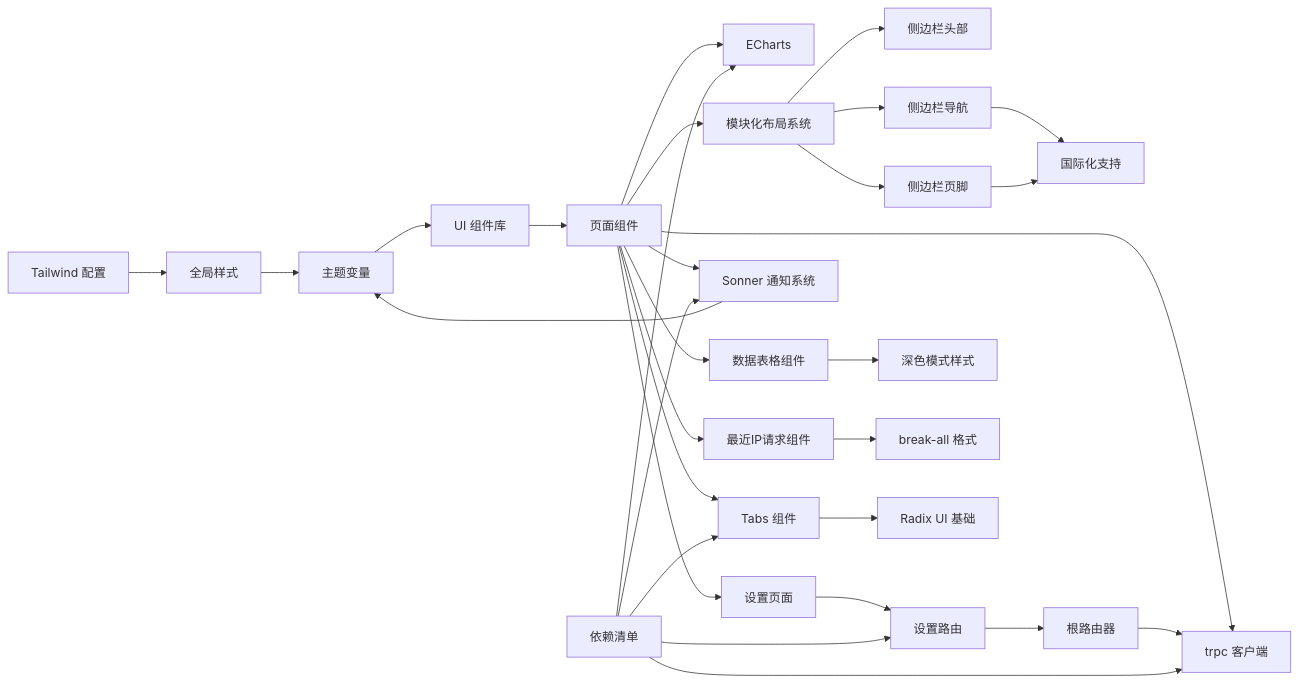
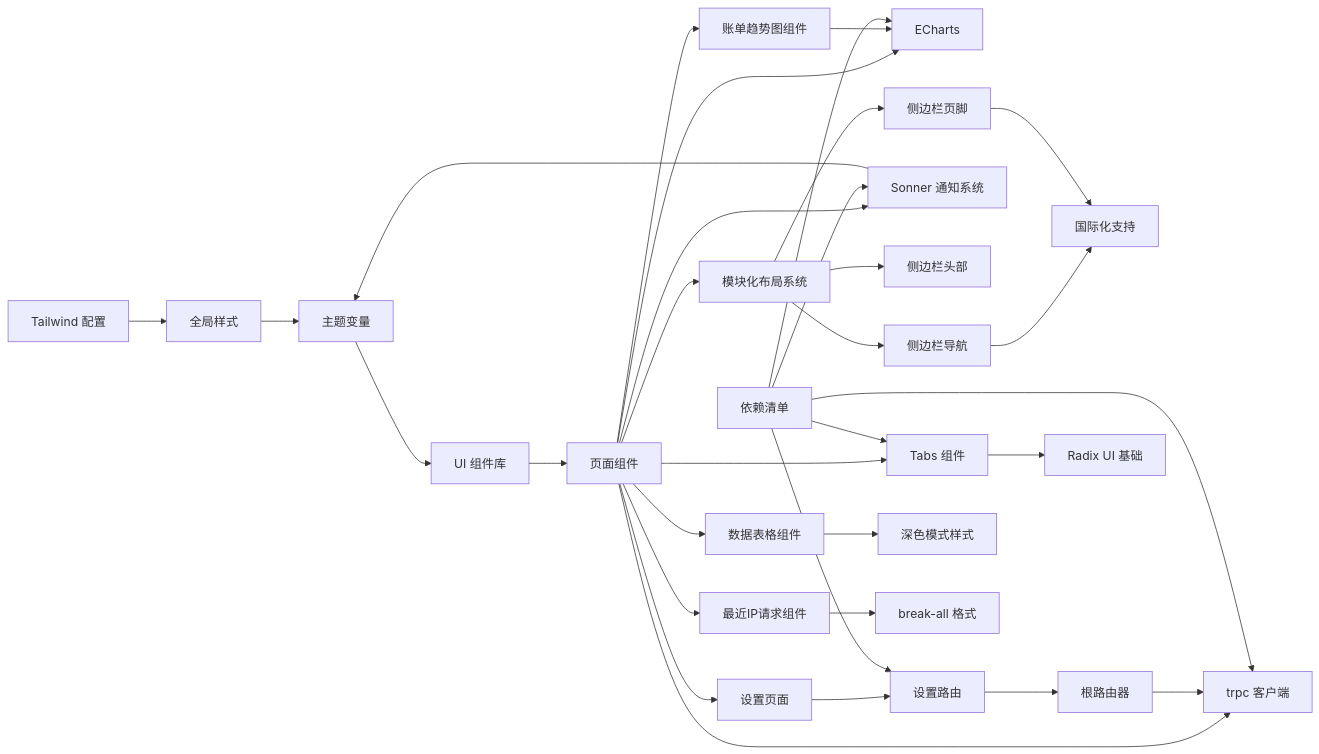
Before and after one commit to RadiumAg/AIGate: diagram 24 of 24 in .qoder/repowiki/zh/content/管理后台界面/管理后台界面.md, drawn with Mermaid. The commit also changed other lines of this file and 22 other files, not shown here.

First line of the commit message:
feat(dashboard): 新增账单趋势图表及四列响应式布局

````diff
--- a/.qoder/repowiki/zh/content/管理后台界面/管理后台界面.md
+++ b/.qoder/repowiki/zh/content/管理后台界面/管理后台界面.md
@@ -915,32 +972,34 @@
 ```mermaid
 graph LR
 TW["Tailwind 配置"] --> CSS["全局样式"]
 CSS --> THEME["主题变量"]
 THEME --> UI["UI 组件库"]
 UI --> PAGE["页面组件"]
 PAGE --> ECH["ECharts"]
 PAGE --> RPC["trpc 客户端"]
 PAGE --> TABLES["数据表格组件"]
 PAGE --> TABS["Tabs 组件"]
 PAGE --> SONNER["Sonner 通知系统"]
 PAGE --> RECENTIP["最近IP请求组件"]
 PAGE --> SETTINGS["设置页面"]
 PAGE --> LAYOUT["模块化布局系统"]
+PAGE --> BILLINGTREND["账单趋势图组件"]
 LAYOUT --> HEADER["侧边栏头部"]
 LAYOUT --> NAV["侧边栏导航"]
 LAYOUT --> FOOTER["侧边栏页脚"]
 NAV --> INTL["国际化支持"]
 FOOTER --> INTL
 SETTINGS --> SETTINGSROUTER["设置路由"]
 SETTINGSROUTER --> ROOTROUTER["根路由器"]
 ROOTROUTER --> RPC
 TABLES --> DARKMODE["深色模式样式"]
 RECENTIP --> BREAKALL["break-all 格式"]
 TABS --> RADIX["Radix UI 基础"]
 SONNER --> THEME
+BILLINGTREND --> ECH
 PKG["依赖清单"] --> ECH
 PKG --> RPC
 PKG --> TABS
 PKG --> SONNER
 PKG --> SETTINGSROUTER
 ```
````
